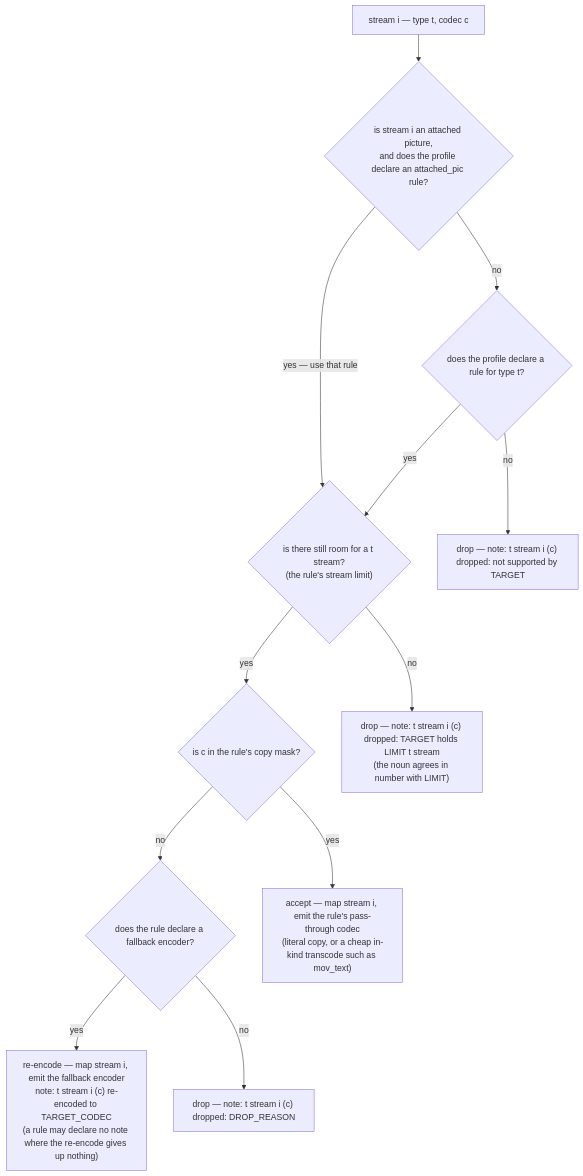
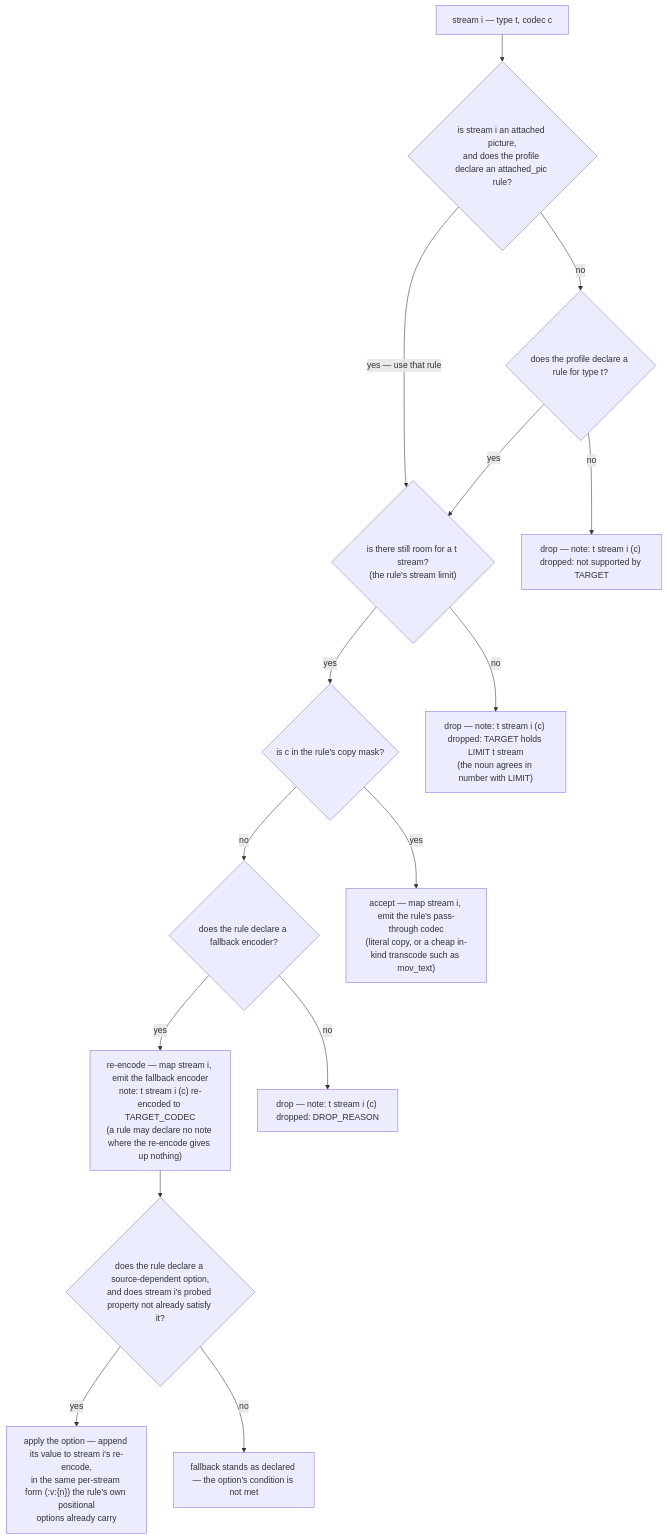
Before and after one commit to bhemsen/converter: the diagram in docs/design/stream-decision.md, drawn with Mermaid. The commit also changed other lines of this file and 4 other files, not shown here.

First line of the commit message:
docs: record the source-dependent attempt option in all three carriers (#122)

````diff
--- a/docs/design/stream-decision.md
+++ b/docs/design/stream-decision.md
@@ -22,26 +22,32 @@
 ```mermaid
 flowchart TD
     S["stream i — type t, codec c"]
     PIC{"is stream i an attached picture,<br/>and does the profile declare an attached_pic rule?"}
     T{"does the profile declare a rule for type t?"}
     ROOM{"is there still room for a t stream?<br/>(the rule's stream limit)"}
     MASK{"is c in the rule's copy mask?"}
     ENC{"does the rule declare a fallback encoder?"}
     COPY["accept — map stream i, emit the rule's pass-through codec<br/>(literal copy, or a cheap in-kind transcode such as mov_text)"]
     REENC["re-encode — map stream i, emit the fallback encoder<br/>note: t stream i (c) re-encoded to TARGET_CODEC<br/>(a rule may declare no note where the re-encode gives up nothing)"]
+    OPT{"does the rule declare a source-dependent option,<br/>and does stream i's probed property not already satisfy it?"}
+    OVERRIDE["apply the option — append its value to stream i's re-encode,<br/>in the same per-stream form (:v:{n}) the rule's own positional<br/>options already carry"]
+    STAND["fallback stands as declared — the option's condition is not met"]
     D1["drop — note: t stream i (c) dropped: not supported by TARGET"]
     D2["drop — note: t stream i (c) dropped: TARGET holds LIMIT t stream<br/>(the noun agrees in number with LIMIT)"]
     D3["drop — note: t stream i (c) dropped: DROP_REASON"]
 
     S --> PIC
     PIC -->|"yes — use that rule"| ROOM
     PIC -->|"no"| T
     T -->|"no"| D1
     T -->|"yes"| ROOM
     ROOM -->|"no"| D2
     ROOM -->|"yes"| MASK
     MASK -->|"yes"| COPY
     MASK -->|"no"| ENC
     ENC -->|"yes"| REENC
     ENC -->|"no"| D3
+    REENC --> OPT
+    OPT -->|"yes"| OVERRIDE
+    OPT -->|"no"| STAND
 ```
````
